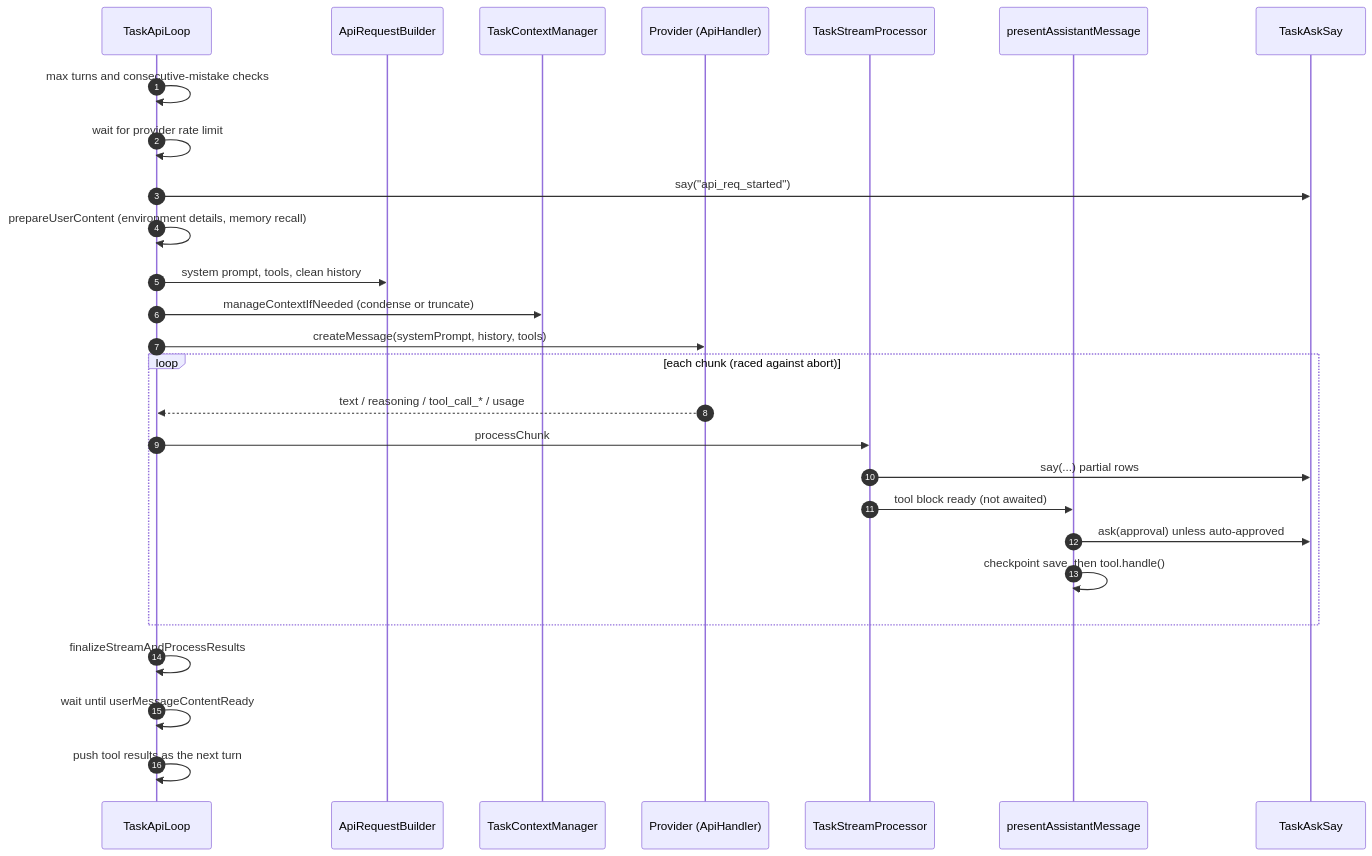
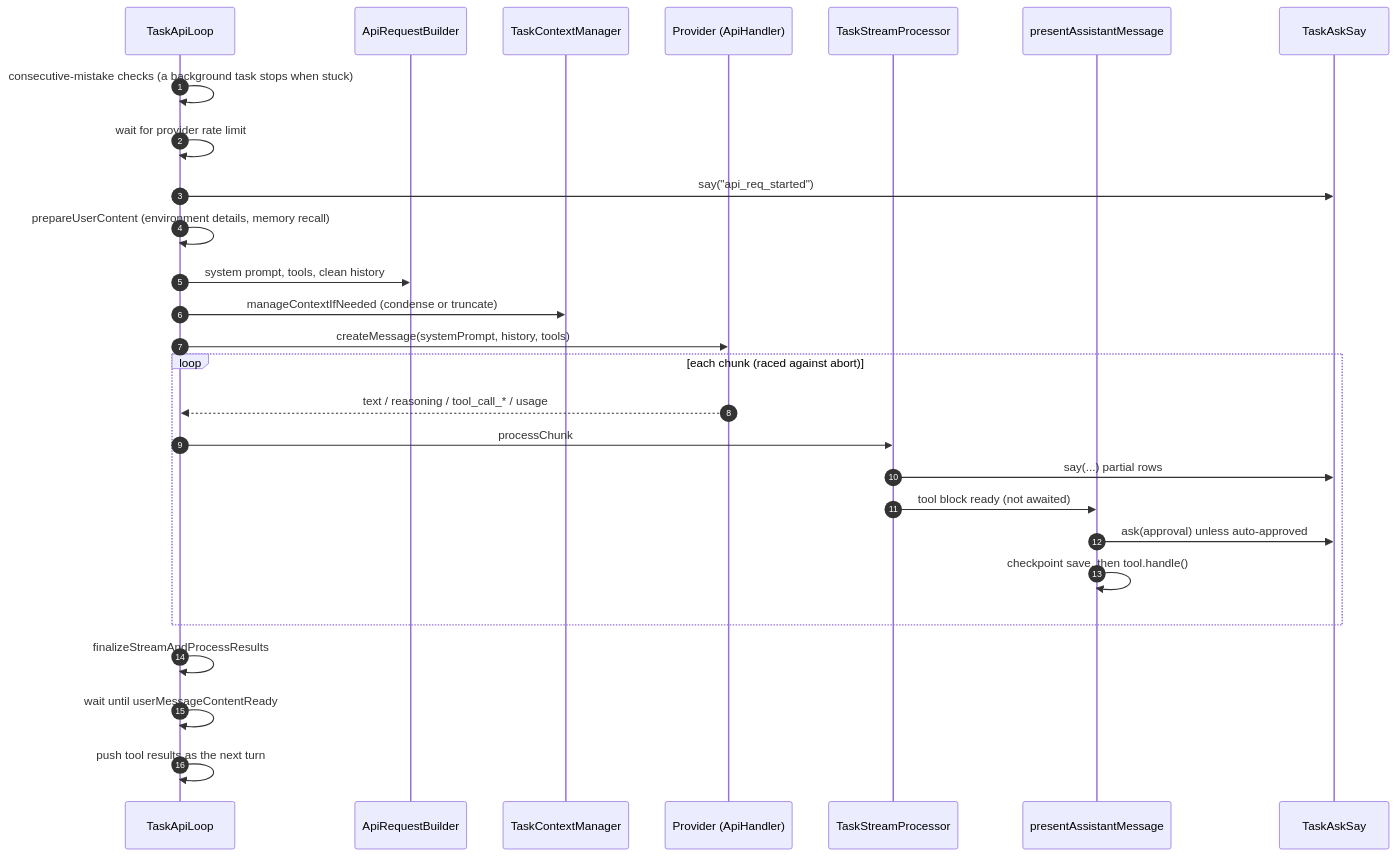
One commit to krzychdre/Tumble-Code changed the second of 4 diagrams in docs/03-task-agent-loop.md. Above: the diagram before and after it, drawn with Mermaid. The commit also changed 20 other files, not shown here.

First line of the commit message:
fix(subagents): no turn limit, stop a subagent only when it is stuck (#908)

````diff
--- a/docs/03-task-agent-loop.md
+++ b/docs/03-task-agent-loop.md
@@ -57,30 +57,30 @@
 ```mermaid
 sequenceDiagram
   autonumber
   participant L as TaskApiLoop
   participant B as ApiRequestBuilder
   participant C as TaskContextManager
   participant P as Provider (ApiHandler)
   participant S as TaskStreamProcessor
   participant X as presentAssistantMessage
   participant A as TaskAskSay
 
-  L->>L: max turns and consecutive-mistake checks
+  L->>L: consecutive-mistake checks (a background task stops when stuck)
   L->>L: wait for provider rate limit
   L->>A: say("api_req_started")
   L->>L: prepareUserContent (environment details, memory recall)
   L->>B: system prompt, tools, clean history
   L->>C: manageContextIfNeeded (condense or truncate)
   L->>P: createMessage(systemPrompt, history, tools)
   loop each chunk (raced against abort)
     P-->>L: text / reasoning / tool_call_* / usage
     L->>S: processChunk
     S->>A: say(...) partial rows
     S->>X: tool block ready (not awaited)
     X->>A: ask(approval) unless auto-approved
     X->>X: checkpoint save, then tool.handle()
   end
   L->>L: finalizeStreamAndProcessResults
   L->>L: wait until userMessageContentReady
   L->>L: push tool results as the next turn
 ```
````
